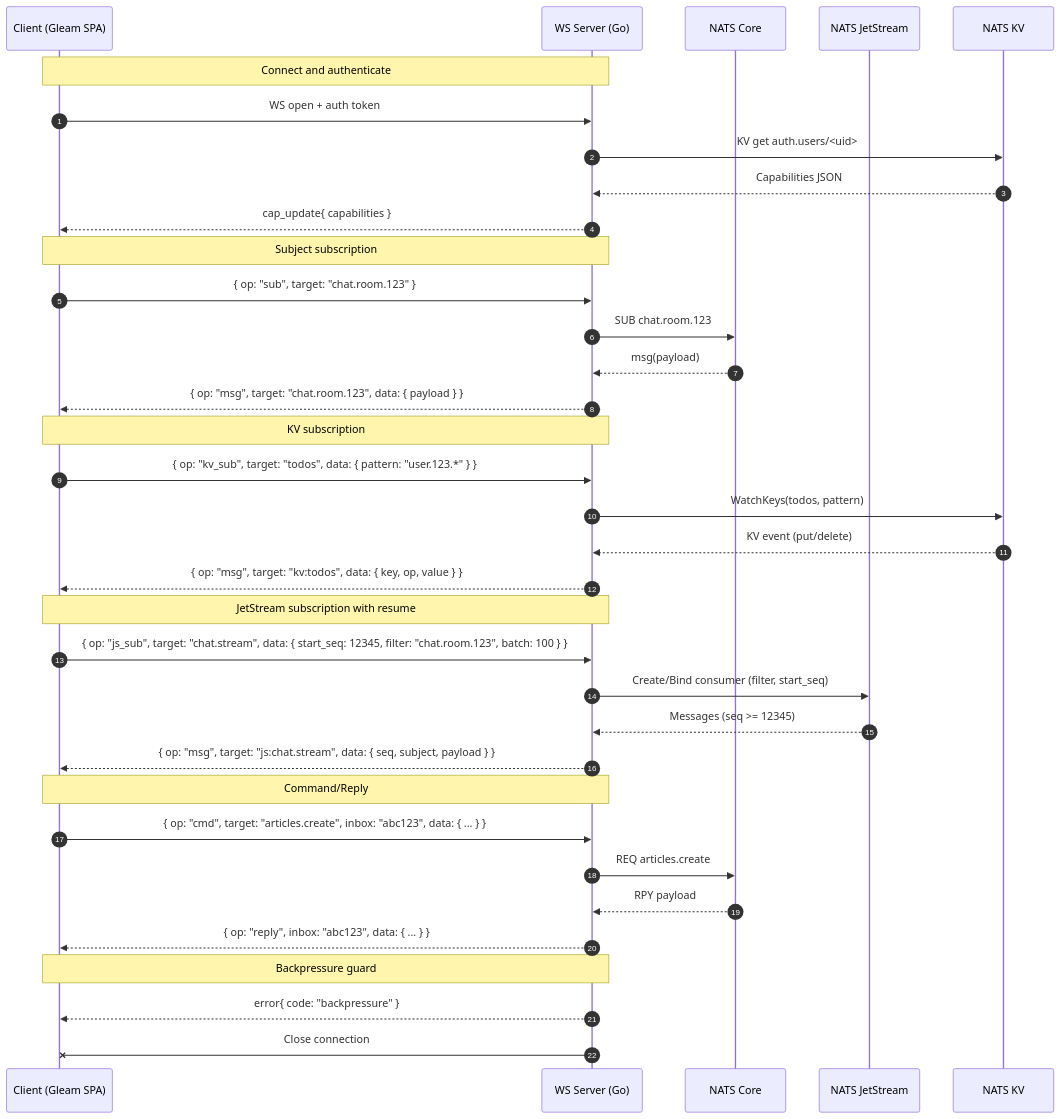
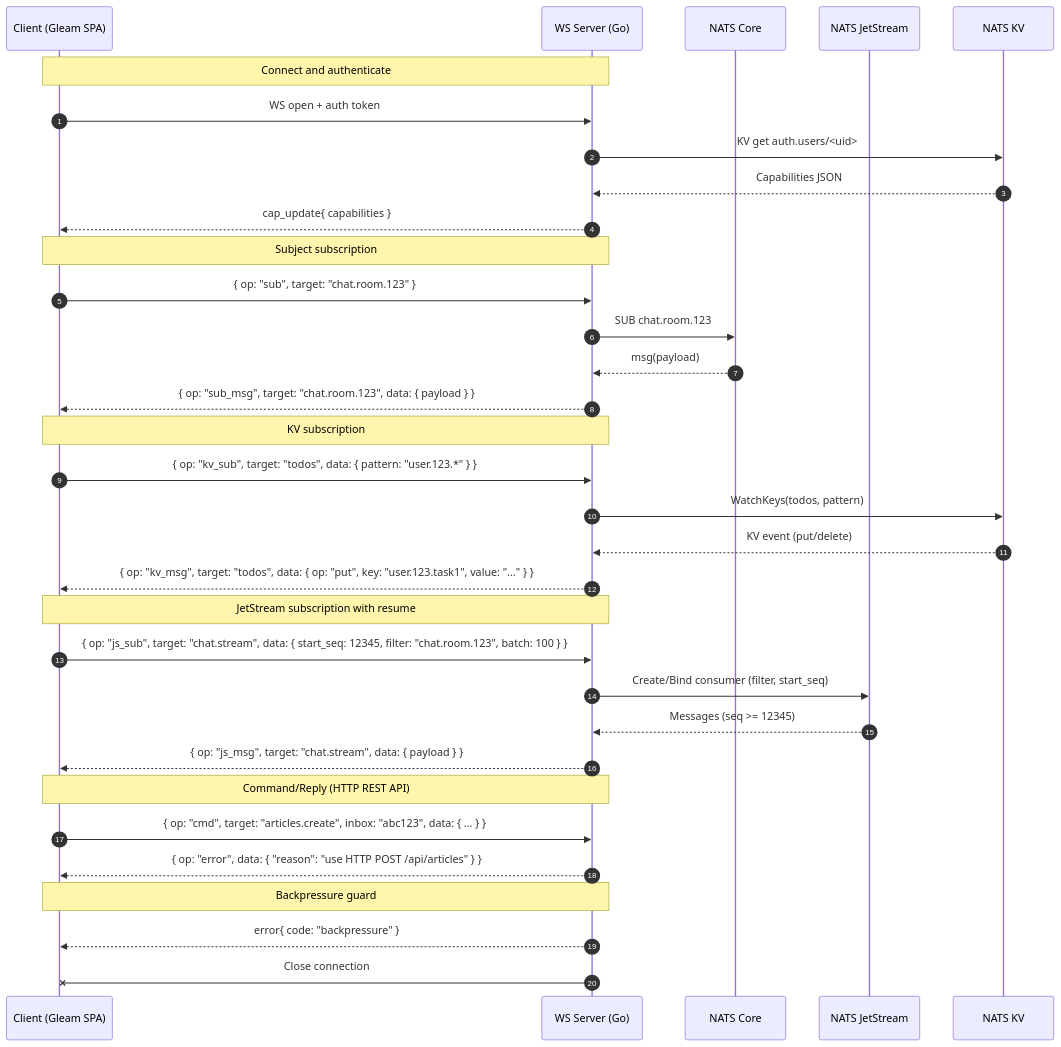
The diagram in ARCHITECTURE_AND_REFACTOR_PLAN.md (johan-st/jst_dev-gleam), drawn with Mermaid before and after one commit. The commit also changed other lines of this file and 6 other files, not shown here.

````diff
--- a/ARCHITECTURE_AND_REFACTOR_PLAN.md
+++ b/ARCHITECTURE_AND_REFACTOR_PLAN.md
@@ -217,43 +183,41 @@
 ```mermaid
 sequenceDiagram
     autonumber
     participant C as Client (Gleam SPA)
     participant W as WS Server (Go)
     participant N as NATS Core
     participant J as NATS JetStream
     participant K as NATS KV
 
     Note over C,W: Connect and authenticate
     C->>W: WS open + auth token
     W->>K: KV get auth.users/<uid>
     K-->>W: Capabilities JSON
     W-->>C: cap_update{ capabilities }
 
     Note over C,W: Subject subscription
     C->>W: { op: "sub", target: "chat.room.123" }
     W->>N: SUB chat.room.123
     N-->>W: msg(payload)
-    W-->>C: { op: "msg", target: "chat.room.123", data: { payload } }
+    W-->>C: { op: "sub_msg", target: "chat.room.123", data: { payload } }
 
     Note over C,W: KV subscription
     C->>W: { op: "kv_sub", target: "todos", data: { pattern: "user.123.*" } }
     W->>K: WatchKeys(todos, pattern)
     K-->>W: KV event (put/delete)
-    W-->>C: { op: "msg", target: "kv:todos", data: { key, op, value } }
+    W-->>C: { op: "kv_msg", target: "todos", data: { op: "put", key: "user.123.task1", value: "..." } }
 
     Note over C,W: JetStream subscription with resume
     C->>W: { op: "js_sub", target: "chat.stream", data: { start_seq: 12345, filter: "chat.room.123", batch: 100 } }
     W->>J: Create/Bind consumer (filter, start_seq)
     J-->>W: Messages (seq >= 12345)
-    W-->>C: { op: "msg", target: "js:chat.stream", data: { seq, subject, payload } }
+    W-->>C: { op: "js_msg", target: "chat.stream", data: { payload } }
 
-    Note over C,W: Command/Reply
+    Note over C,W: Command/Reply (HTTP REST API)
     C->>W: { op: "cmd", target: "articles.create", inbox: "abc123", data: { ... } }
-    W->>N: REQ articles.create
-    N-->>W: RPY payload
-    W-->>C: { op: "reply", inbox: "abc123", data: { ... } }
+    W-->>C: { op: "error", data: { "reason": "use HTTP POST /api/articles" } }
 
     Note over C,W: Backpressure guard
     W-->>C: error{ code: "backpressure" }
     W-xC: Close connection
 ```
````
